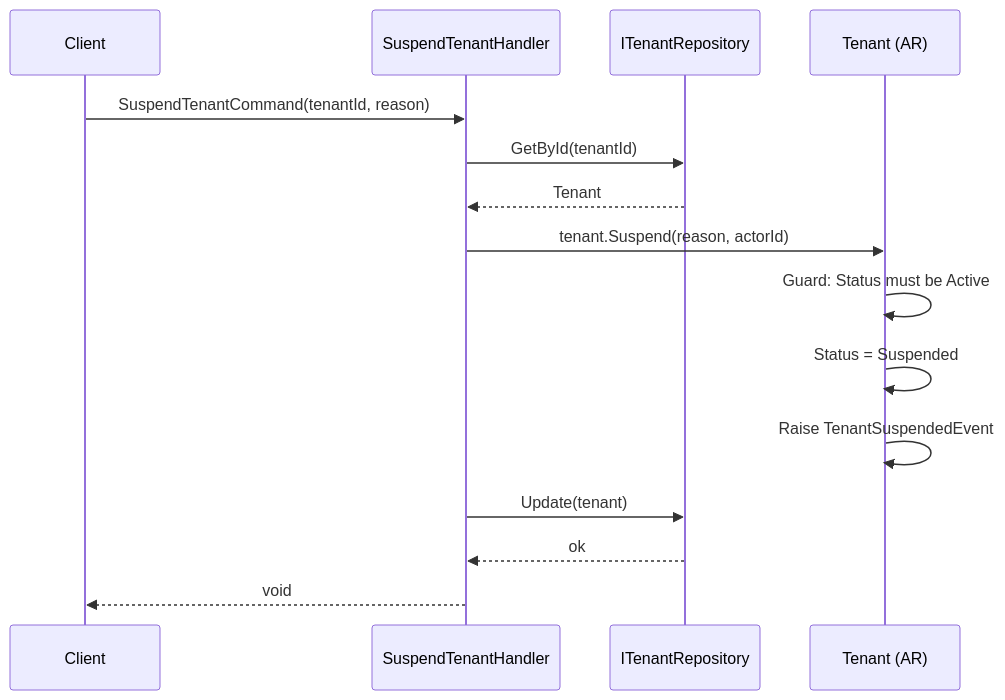
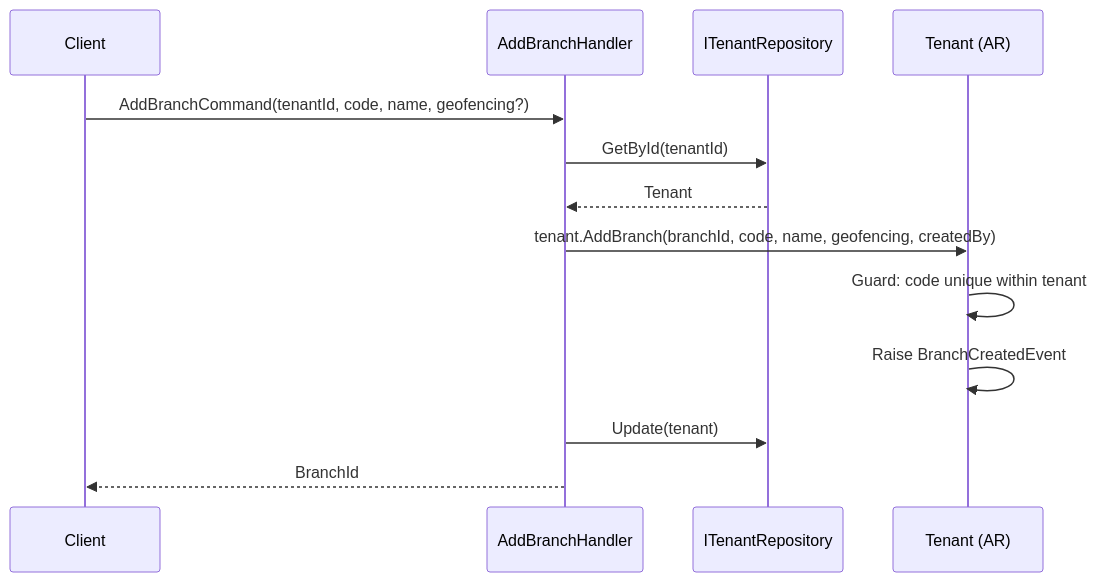
The second of 6 diagrams in docs/domain/identity/tenant.md (beyondnetcode/ums), drawn with Mermaid before and after one commit. The commit also changed other lines of this file and 19 other files, not shown here.

````diff
--- a/docs/domain/identity/tenant.md
+++ b/docs/domain/identity/tenant.md
@@ -162,18 +185,16 @@
 ```mermaid
 sequenceDiagram
     participant C as Client
-    participant H as SuspendTenantHandler
+    participant H as AddBranchHandler
     participant R as ITenantRepository
     participant T as Tenant (AR)
 
-    C->>H: SuspendTenantCommand(tenantId, reason)
+    C->>H: AddBranchCommand(tenantId, code, name, geofencing?)
     H->>R: GetById(tenantId)
     R-->>H: Tenant
-    H->>T: tenant.Suspend(reason, actorId)
-    T->>T: Guard: Status must be Active
-    T->>T: Status = Suspended
-    T->>T: Raise TenantSuspendedEvent
+    H->>T: tenant.AddBranch(branchId, code, name, geofencing, createdBy)
+    T->>T: Guard: code unique within tenant
+    T->>T: Raise BranchCreatedEvent
     H->>R: Update(tenant)
-    R-->>H: ok
-    H-->>C: void
+    H-->>C: BranchId
 ```
````
